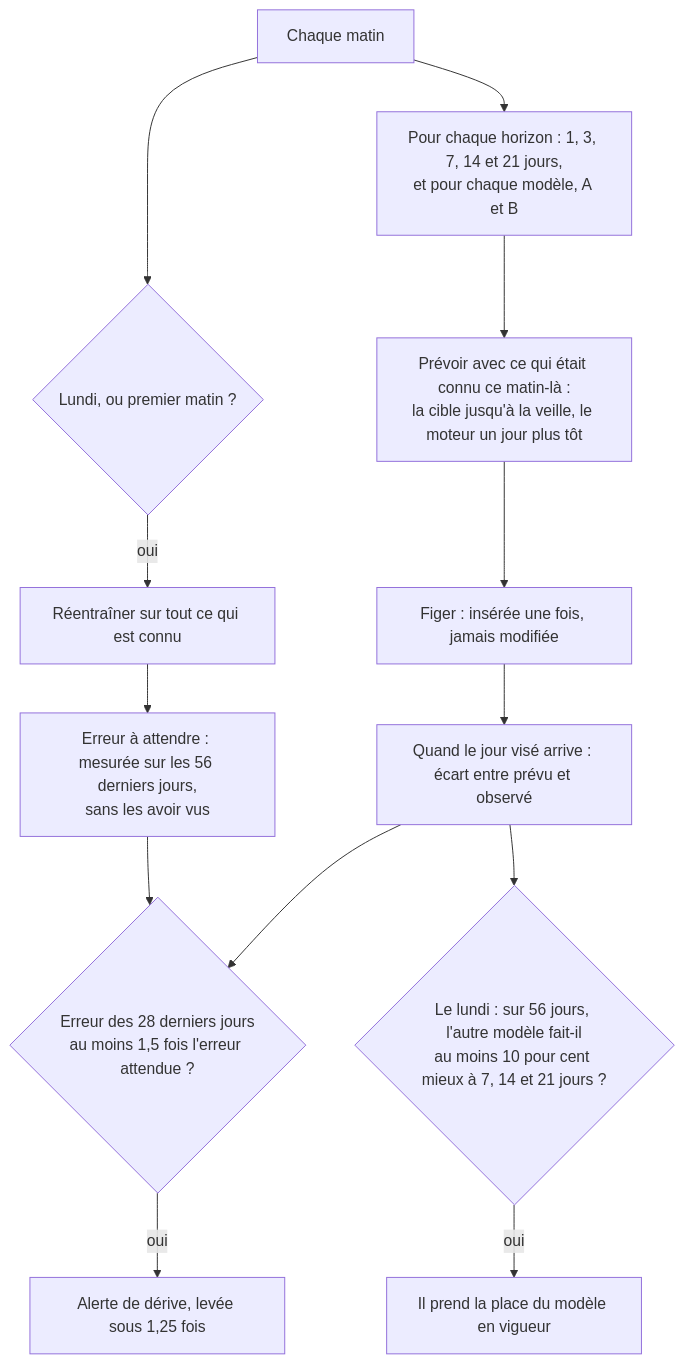
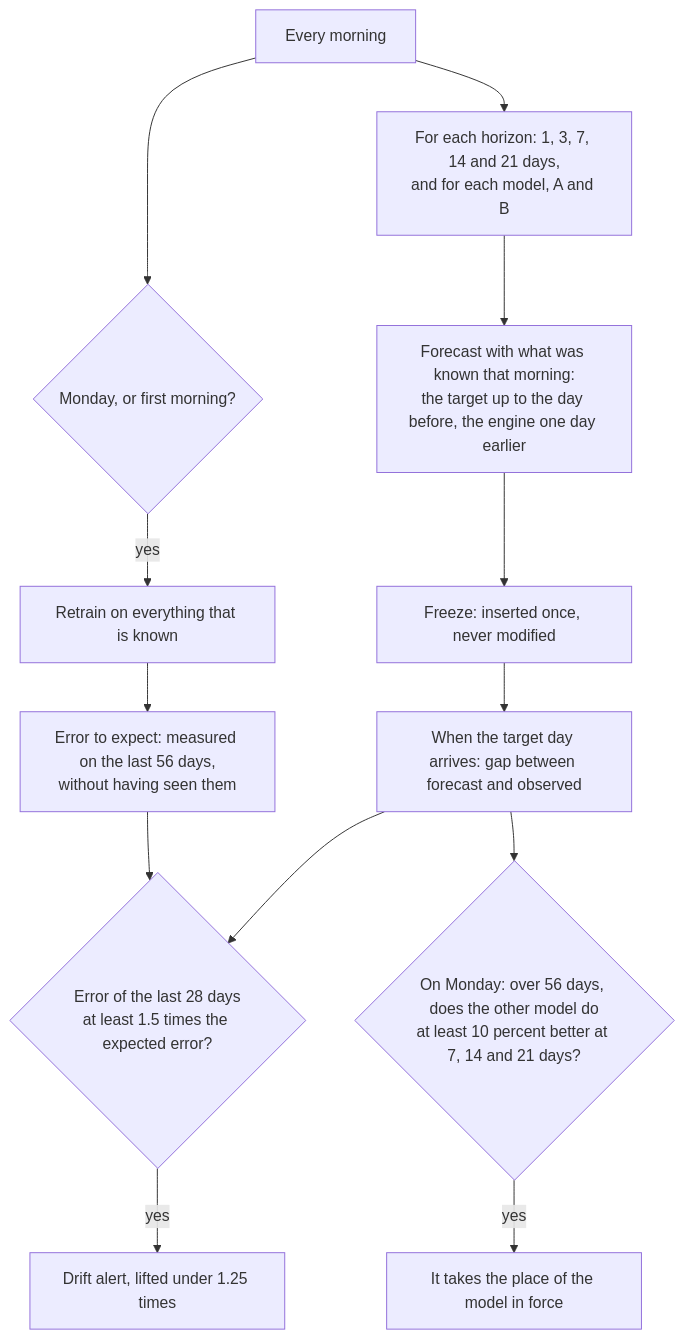
Before and after one commit to V1ktor7/obscyro: diagram 18 of 30 in frontend/content/docs/product/algorithms.md, drawn with Mermaid. The commit also changed other lines of this file and 15 other files, not shown here.

````diff
--- a/frontend/content/docs/product/algorithms.md
+++ b/frontend/content/docs/product/algorithms.md
@@ -615,15 +616,15 @@
 ```mermaid
 flowchart TD
-    A["Chaque matin"] --> B["Pour chaque horizon : 1, 3, 7, 14 et 21 jours,<br/>et pour chaque modèle, A et B"]
-    B --> C["Prévoir avec ce qui était connu ce matin-là :<br/>la cible jusqu'à la veille, le moteur un jour plus tôt"]
-    C --> D["Figer : insérée une fois, jamais modifiée"]
-    A --> E{"Lundi, ou premier matin ?"}
-    E -->|"oui"| F["Réentraîner sur tout ce qui est connu"]
-    F --> G["Erreur à attendre : mesurée sur les 56 derniers jours,<br/>sans les avoir vus"]
-    D --> H["Quand le jour visé arrive : écart entre prévu et observé"]
-    G --> I{"Erreur des 28 derniers jours<br/>au moins 1,5 fois l'erreur attendue ?"}
+    A["Every morning"] --> B["For each horizon: 1, 3, 7, 14 and 21 days,<br/>and for each model, A and B"]
+    B --> C["Forecast with what was known that morning:<br/>the target up to the day before, the engine one day earlier"]
+    C --> D["Freeze: inserted once, never modified"]
+    A --> E{"Monday, or first morning?"}
+    E -->|"yes"| F["Retrain on everything that is known"]
+    F --> G["Error to expect: measured on the last 56 days,<br/>without having seen them"]
+    D --> H["When the target day arrives: gap between forecast and observed"]
+    G --> I{"Error of the last 28 days<br/>at least 1.5 times the expected error?"}
     H --> I
-    I -->|"oui"| J["Alerte de dérive, levée sous 1,25 fois"]
-    H --> K{"Le lundi : sur 56 jours, l'autre modèle fait-il<br/>au moins 10 pour cent mieux à 7, 14 et 21 jours ?"}
-    K -->|"oui"| L["Il prend la place du modèle en vigueur"]
+    I -->|"yes"| J["Drift alert, lifted under 1.25 times"]
+    H --> K{"On Monday: over 56 days, does the other model do<br/>at least 10 percent better at 7, 14 and 21 days?"}
+    K -->|"yes"| L["It takes the place of the model in force"]
 ```
````
